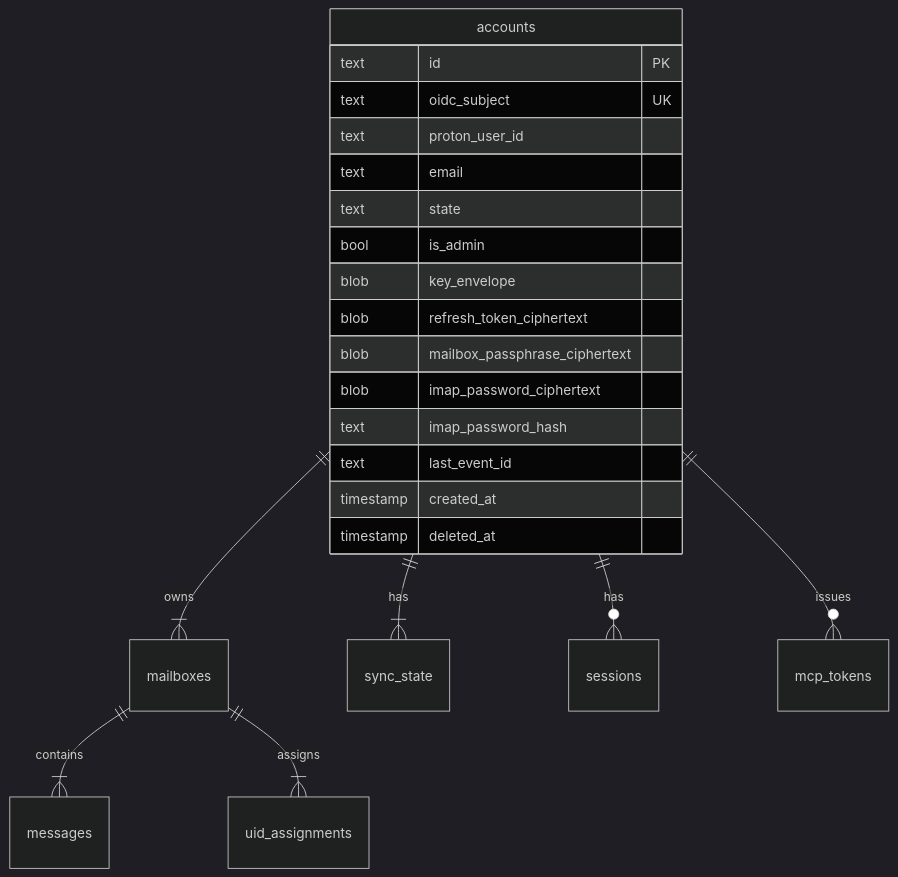
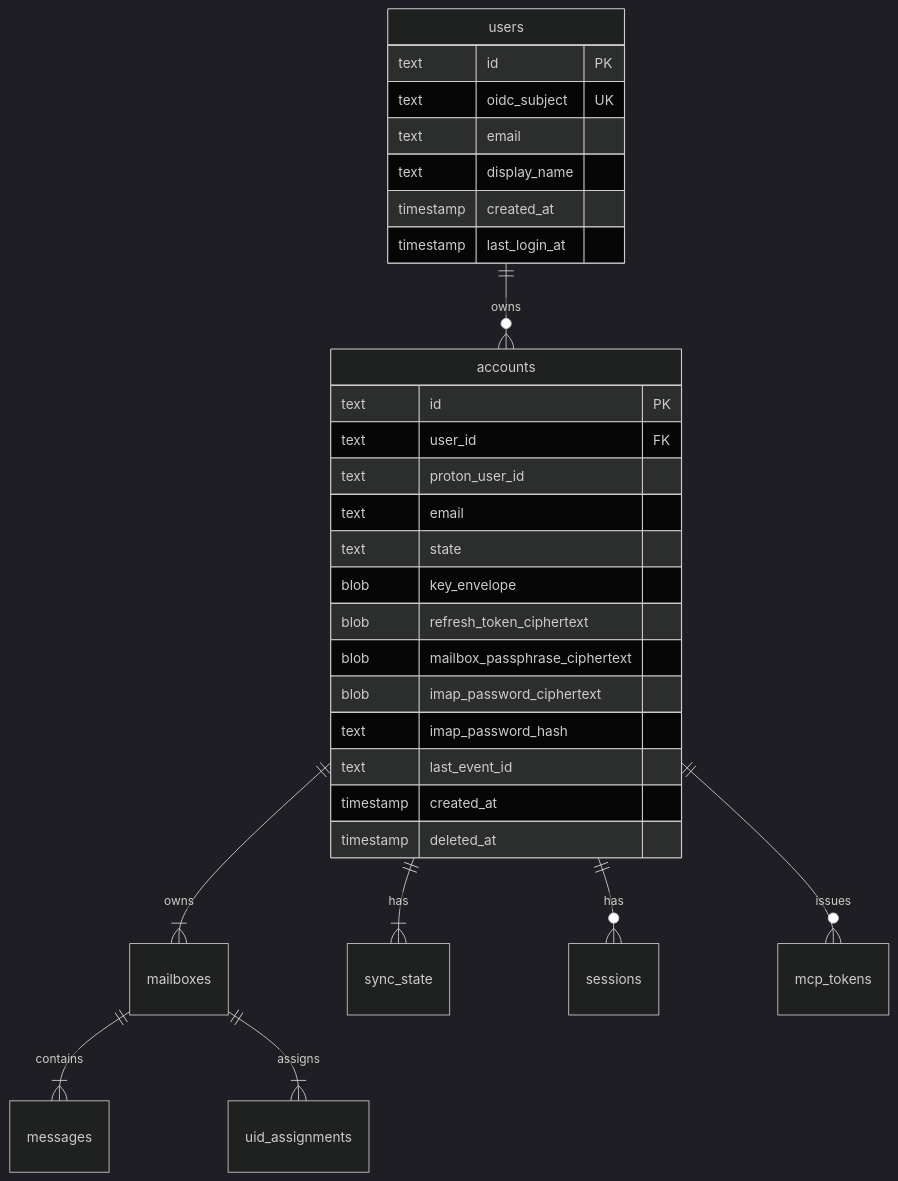
One commit to joestump/reduit changed the diagram in docs/openspec/specs/account-model/design.md. Above: the diagram before and after it, drawn with Mermaid (dark theme). The commit also changed other lines of this file and 12 other files, not shown here.

````diff
--- a/docs/openspec/specs/account-model/design.md
+++ b/docs/openspec/specs/account-model/design.md
@@ -10,25 +16,33 @@
 ```mermaid
 erDiagram
+    users ||--o{ accounts : "owns"
     accounts ||--|{ mailboxes : "owns"
     accounts ||--|{ sync_state : "has"
     accounts ||--o{ sessions : "has"
     accounts ||--o{ mcp_tokens : "issues"
     mailboxes ||--|{ messages : "contains"
     mailboxes ||--|{ uid_assignments : "assigns"
+    users {
+        text id PK
+        text oidc_subject UK
+        text email
+        text display_name
+        timestamp created_at
+        timestamp last_login_at
+    }
     accounts {
         text id PK
-        text oidc_subject UK
+        text user_id FK
         text proton_user_id
         text email
         text state
-        bool is_admin
         blob key_envelope
         blob refresh_token_ciphertext
         blob mailbox_passphrase_ciphertext
         blob imap_password_ciphertext
         text imap_password_hash
         text last_event_id
         timestamp created_at
         timestamp deleted_at
     }
 ```
````
